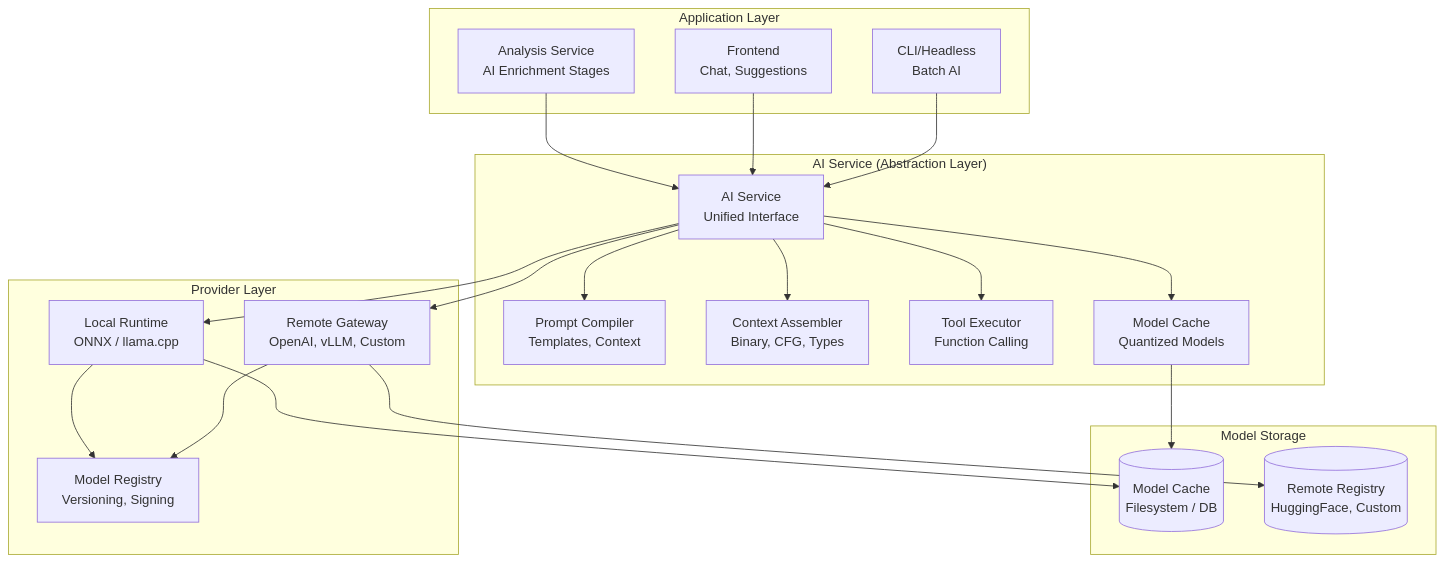
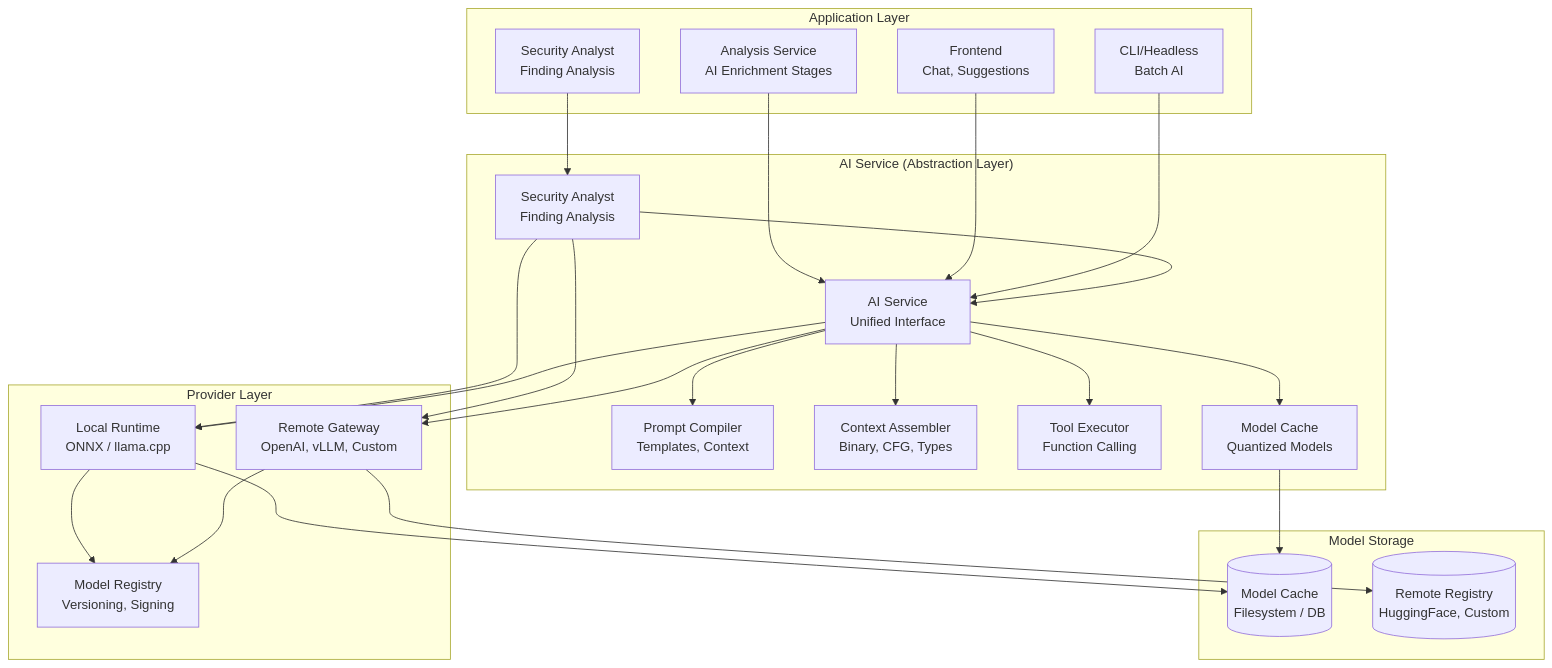
One commit to RXVEN-1907/open-re changed the first of 2 diagrams in docs/architecture/06-ai-architecture.md. Above: the diagram before and after it, drawn with Mermaid. The commit also changed 49 other files, not shown here.

First line of the commit message:
feat(security-ai): Implement all streaming methods for AI Security Analyst

````diff
--- a/docs/architecture/06-ai-architecture.md
+++ b/docs/architecture/06-ai-architecture.md
@@ -11,42 +11,48 @@
 ```mermaid
 graph TB
     subgraph "Application Layer"
         APP[Analysis Service<br/>AI Enrichment Stages]
         UI[Frontend<br/>Chat, Suggestions]
         CLI[CLI/Headless<br/>Batch AI]
+        SEC[Security Analyst<br/>Finding Analysis]
     end
     
     subgraph "AI Service (Abstraction Layer)"
         AIS[AI Service<br/>Unified Interface]
         PC[Prompt Compiler<br/>Templates, Context]
         CA[Context Assembler<br/>Binary, CFG, Types]
         TE[Tool Executor<br/>Function Calling]
         MC[Model Cache<br/>Quantized Models]
+        SA[Security Analyst<br/>Finding Analysis]
     end
     
     subgraph "Provider Layer"
         LR[Local Runtime<br/>ONNX / llama.cpp]
         RR[Remote Gateway<br/>OpenAI, vLLM, Custom]
         MR[Model Registry<br/>Versioning, Signing]
     end
     
     subgraph "Model Storage"
         MS[(Model Cache<br/>Filesystem / DB)]
         MR2[(Remote Registry<br/>HuggingFace, Custom)]
     end
     
     APP --> AIS
     UI --> AIS
     CLI --> AIS
+    SEC --> SA
     AIS --> PC
     AIS --> CA
     AIS --> TE
     AIS --> MC
+    SA --> AIS
+    SA --> LR
+    SA --> RR
     AIS --> LR
     AIS --> RR
     LR --> MR
     RR --> MR
     LR --> MS
     RR --> MR2
     MC --> MS
 ```
````
